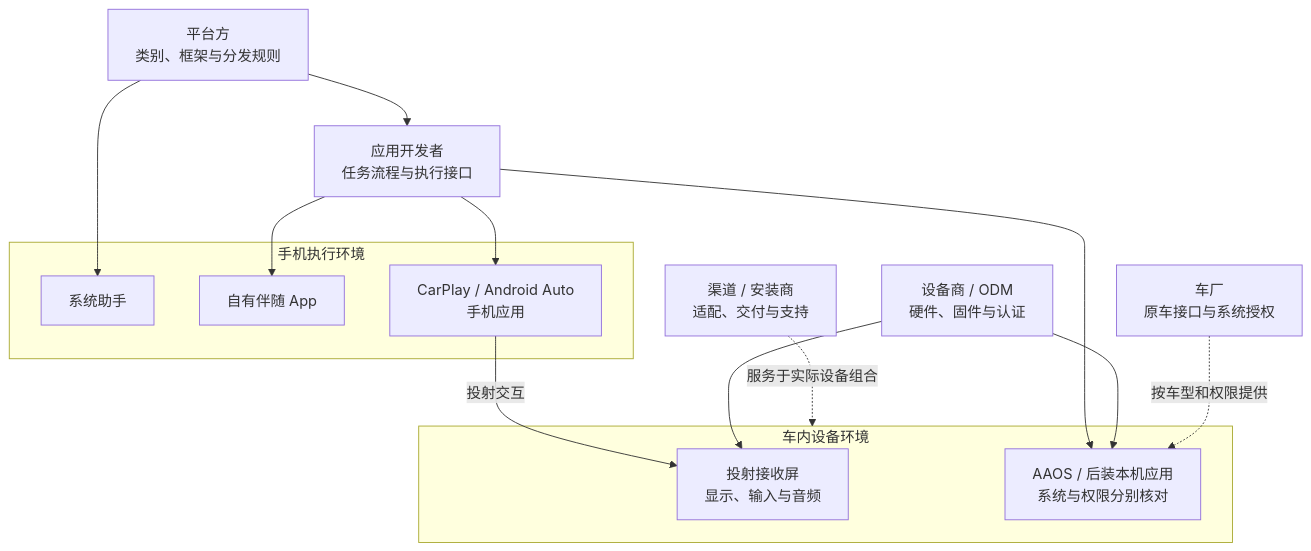
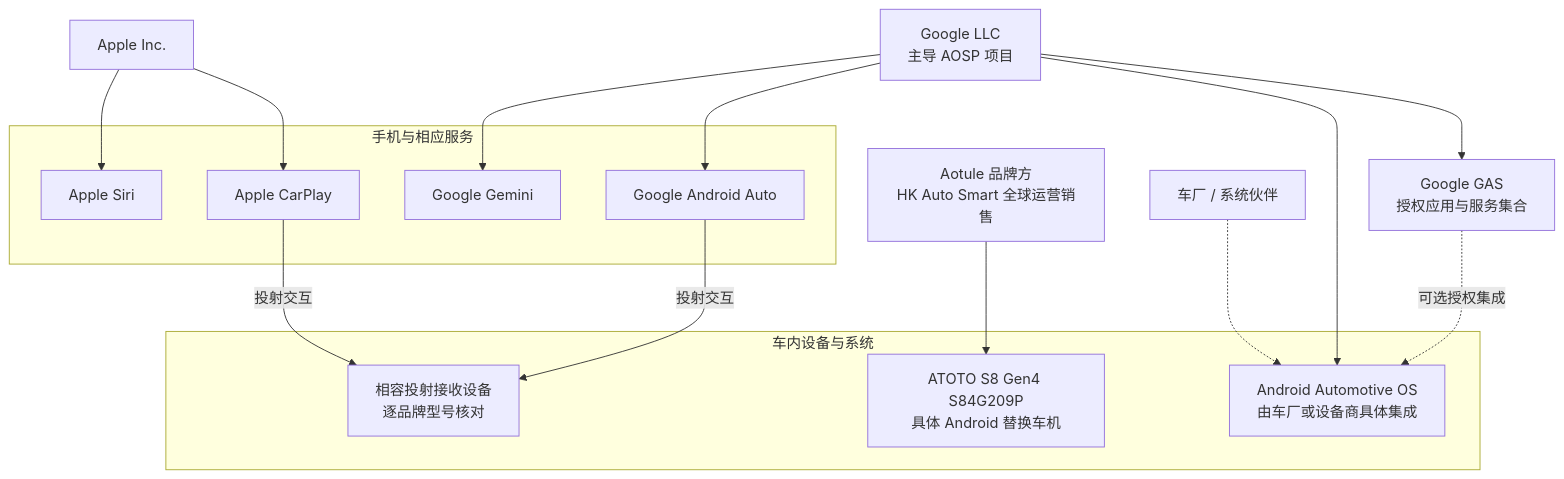
Before and after one commit to DreamSoul-AI/in-vehicle-ai-research: the diagram in dist/diagrams/fig-02.mmd, drawn with Mermaid. The commit also changed 25 other files, not shown here.

```diff
--- a/dist/diagrams/fig-02.mmd
+++ b/dist/diagrams/fig-02.mmd
@@ -1,31 +1,34 @@
-%% title: 平台角色与任务执行位置
-%% 图1 平台角色与执行位置。分析示意，非进程图，箭头表示管理或接入关系。
+%% title: 平台、具体产品与公司关系
+%% 分析示意；实线表示提供、实现或投射，虚线表示授权或具体系统集成条件。
 %% 来源 https://developer.apple.com/carplay/
-%% 来源 https://developer.android.com/training/cars/platforms/android-auto
+%% 来源 https://source.android.com/docs/setup/about
 %% 来源 https://source.android.com/docs/automotive/start/what_automotive
-%% 来源 https://mfi.apple.com/en/faqs
+%% 来源 https://www.atotodirect.com/en-gb/pages/about-atoto
 flowchart TB
-  PLATFORM["平台方<br/>类别、框架与分发规则"]
-  APP["应用开发者<br/>任务流程与执行接口"]
-  subgraph PHONE["手机执行环境"]
-    SYSTEM["系统助手"]
-    OWN["自有伴随 App"]
-    PROJECT["CarPlay / Android Auto<br/>手机应用"]
+  APPLE["Apple Inc."]
+  GOOGLE["Google LLC<br/>主导 AOSP 项目"]
+  AOTULE["Aotule 品牌方<br/>HK Auto Smart 全球运营销售"]
+  subgraph PHONE["手机与相应服务"]
+    SIRI["Apple Siri"]
+    GEMINI["Google Gemini"]
+    CP["Apple CarPlay"]
+    AA["Google Android Auto"]
   end
-  subgraph VEHICLE["车内设备环境"]
-    RECEIVER["投射接收屏<br/>显示、输入与音频"]
-    NATIVE["AAOS / 后装本机应用<br/>系统与权限分别核对"]
+  subgraph CAR["车内设备与系统"]
+    SCREEN["相容投射接收设备<br/>逐品牌型号核对"]
+    AAOS["Android Automotive OS<br/>由车厂或设备商具体集成"]
+    ATOTO["ATOTO S8 Gen4 S84G209P<br/>具体 Android 替换车机"]
   end
-  DEVICE["设备商 / ODM<br/>硬件、固件与认证"]
-  OEM["车厂<br/>原车接口与系统授权"]
-  CHANNEL["渠道 / 安装商<br/>适配、交付与支持"]
-  PLATFORM --> APP
-  PLATFORM --> SYSTEM
-  APP --> OWN
-  APP --> PROJECT
-  PROJECT -->|"投射交互"| RECEIVER
-  APP --> NATIVE
-  DEVICE --> RECEIVER
-  DEVICE --> NATIVE
-  OEM -.->|"按车型和权限提供"| NATIVE
-  CHANNEL -.->|"服务于实际设备组合"| VEHICLE
+  GAS["Google GAS<br/>授权应用与服务集合"]
+  OEM["车厂 / 系统伙伴"]
+  APPLE --> SIRI
+  APPLE --> CP
+  GOOGLE --> GEMINI
+  GOOGLE --> AA
+  GOOGLE --> AAOS
+  GOOGLE --> GAS
+  GAS -.->|"可选授权集成"| AAOS
+  OEM -.-> AAOS
+  CP -->|"投射交互"| SCREEN
+  AA -->|"投射交互"| SCREEN
+  AOTULE --> ATOTO
```
